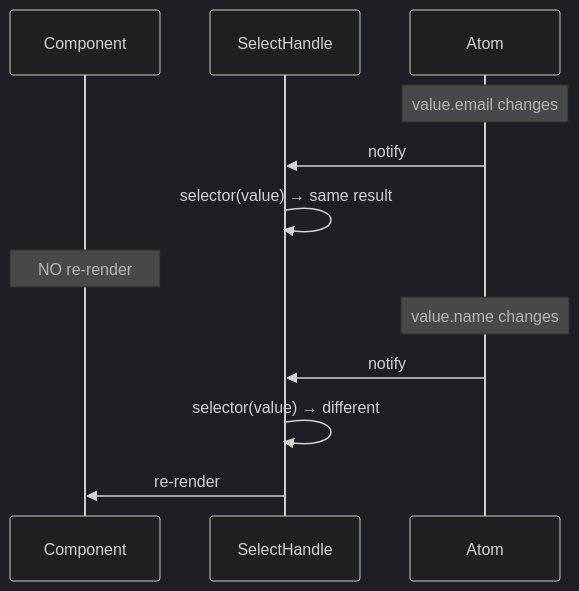
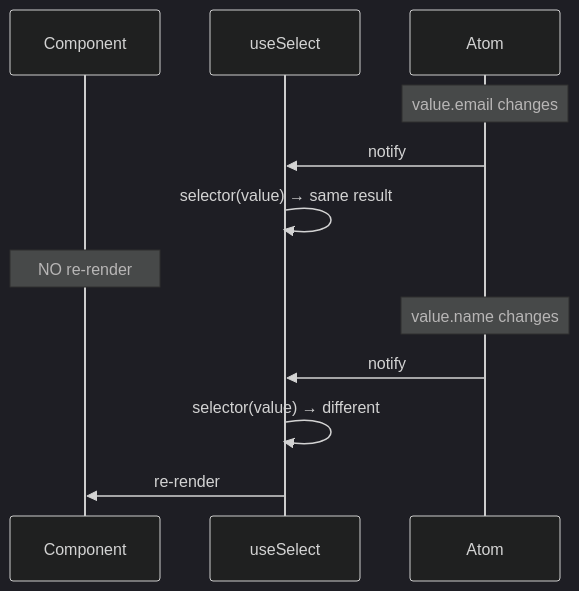
One commit to pumped-fn/pumped-fn changed the second of 2 diagrams in packages/lite-react/PATTERNS.md. Above: the diagram before and after it, drawn with Mermaid (dark theme). The commit also changed other lines of this file and 17 other files, not shown here.

````diff
--- a/packages/lite-react/PATTERNS.md
+++ b/packages/lite-react/PATTERNS.md
@@ -29,16 +29,16 @@
 ```mermaid
 sequenceDiagram
     participant Component
-    participant SelectHandle
+    participant useSelect
     participant Atom
 
     Note over Atom: value.email changes
-    Atom->>SelectHandle: notify
-    SelectHandle->>SelectHandle: selector(value) → same result
+    Atom->>useSelect: notify
+    useSelect->>useSelect: selector(value) → same result
     Note over Component: NO re-render
 
     Note over Atom: value.name changes
-    Atom->>SelectHandle: notify
-    SelectHandle->>SelectHandle: selector(value) → different
-    SelectHandle->>Component: re-render
+    Atom->>useSelect: notify
+    useSelect->>useSelect: selector(value) → different
+    useSelect->>Component: re-render
 ```
````
